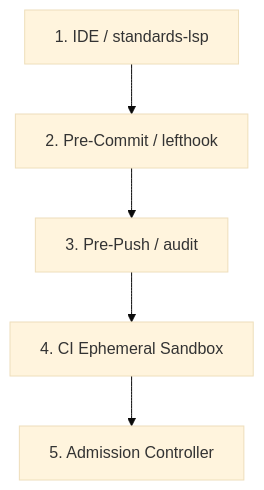
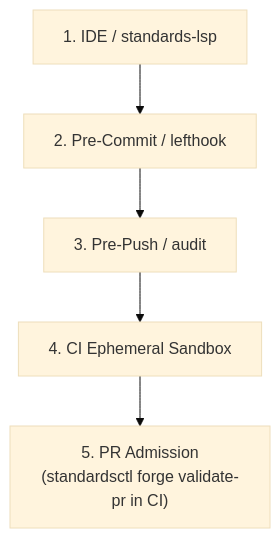
Before and after one commit to cordanaLLM/praetor: the diagram in docs/wiki/HISS-16-Invariants.md, drawn with Mermaid (base theme). The commit also changed other lines of this file and 50 other files, not shown here.

````diff
--- a/docs/wiki/HISS-16-Invariants.md
+++ b/docs/wiki/HISS-16-Invariants.md
@@ -21,7 +24,7 @@
 ```mermaid
 flowchart TD
     IDE["1. IDE / standards-lsp"] --> HOOKS["2. Pre-Commit / lefthook"]
     HOOKS --> PUSH["3. Pre-Push / audit"]
     PUSH --> CI["4. CI Ephemeral Sandbox"]
-    CI --> ADMIT["5. Admission Controller"]
+    CI --> ADMIT["5. PR Admission\n(standardsctl forge validate-pr in CI)"]
 ```
````
